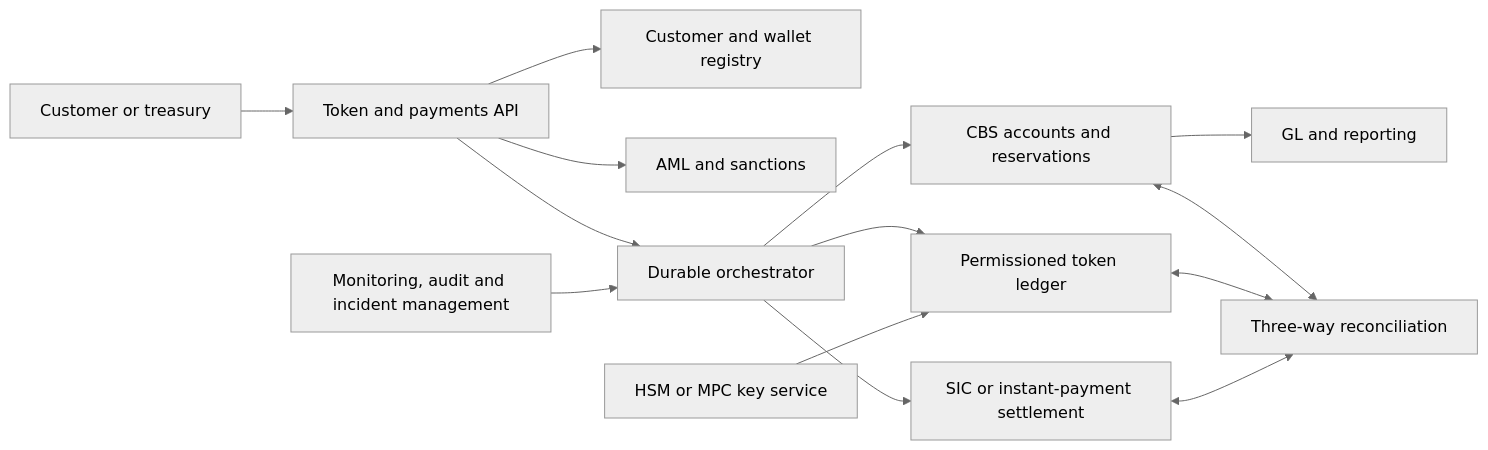
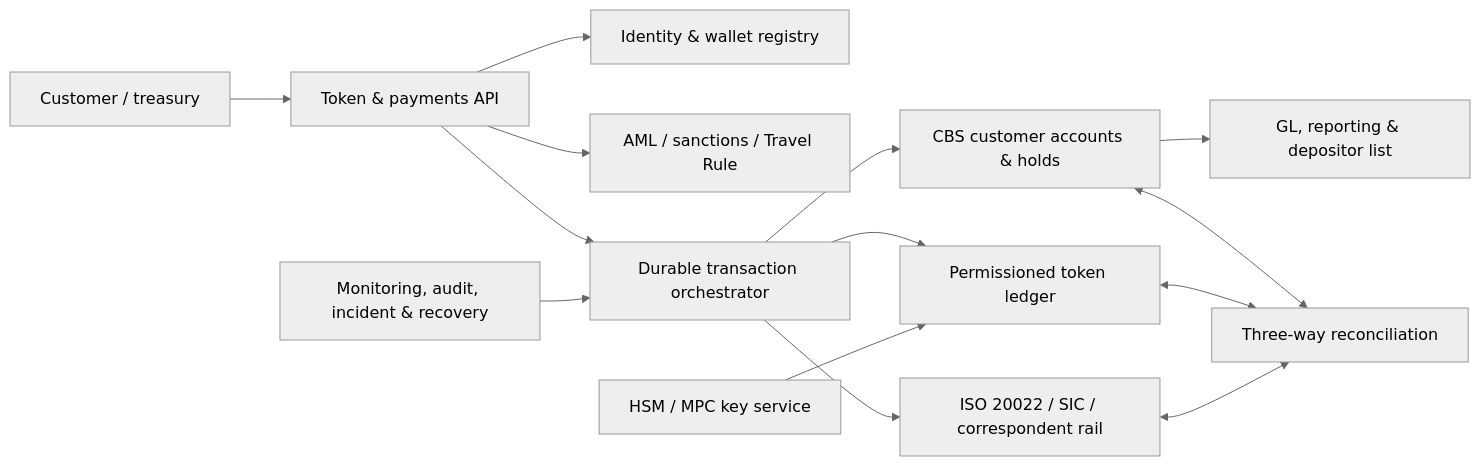
Before and after one commit to nutemmax/swiss-tokenized-deposits: the diagram in docs/04-cbs-operations-and-vendor-assessment.md, drawn with Mermaid (neutral theme). The commit also changed other lines of this file and 7 other files, not shown here.

````diff
--- a/docs/04-cbs-operations-and-vendor-assessment.md
+++ b/docs/04-cbs-operations-and-vendor-assessment.md
@@ -12,16 +35,16 @@
 ```mermaid
 flowchart LR
-  C[Customer or treasury] --> API[Token and payments API]
-  API --> IAM[Customer and wallet registry]
-  API --> AML[AML and sanctions]
-  API --> O[Durable orchestrator]
-  O --> CBS[CBS accounts and reservations]
-  CBS --> GL[GL and reporting]
-  O --> DLT[Permissioned token ledger]
-  O --> SIC[SIC or instant-payment settlement]
+  C[Customer / treasury] --> A[Token & payments API]
+  A --> I[Identity & wallet registry]
+  A --> AML[AML / sanctions / Travel Rule]
+  A --> O[Durable transaction orchestrator]
+  O --> CBS[CBS customer accounts & holds]
+  CBS --> GL[GL, reporting & depositor list]
+  O --> T[Permissioned token ledger]
+  O --> P[ISO 20022 / SIC / correspondent rail]
   CBS <--> R[Three-way reconciliation]
-  DLT <--> R
-  SIC <--> R
-  K[HSM or MPC key service] --> DLT
-  M[Monitoring, audit and incident management] --> O
+  T <--> R
+  P <--> R
+  K[HSM / MPC key service] --> T
+  M[Monitoring, audit, incident & recovery] --> O
 ```
````
